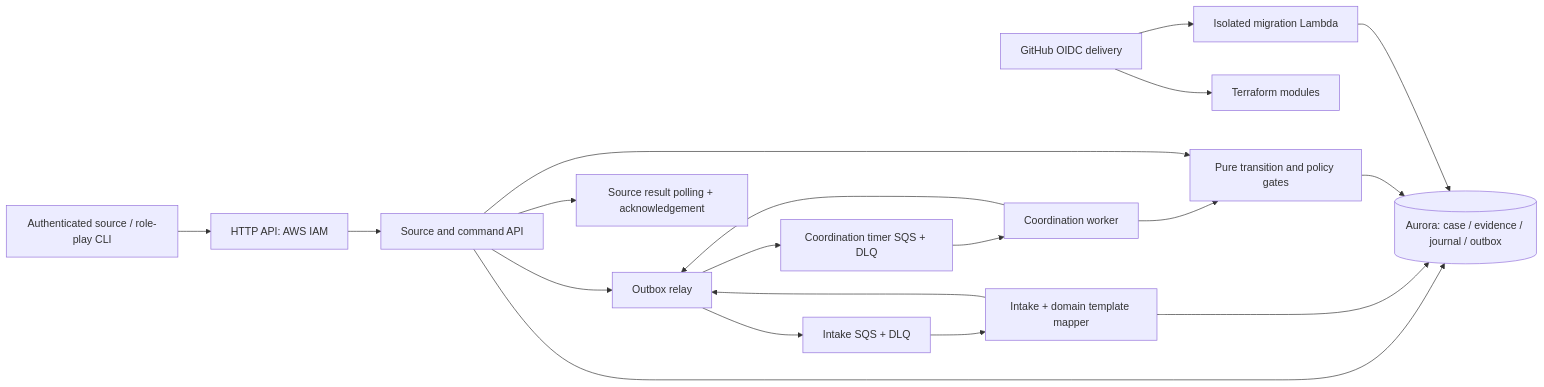
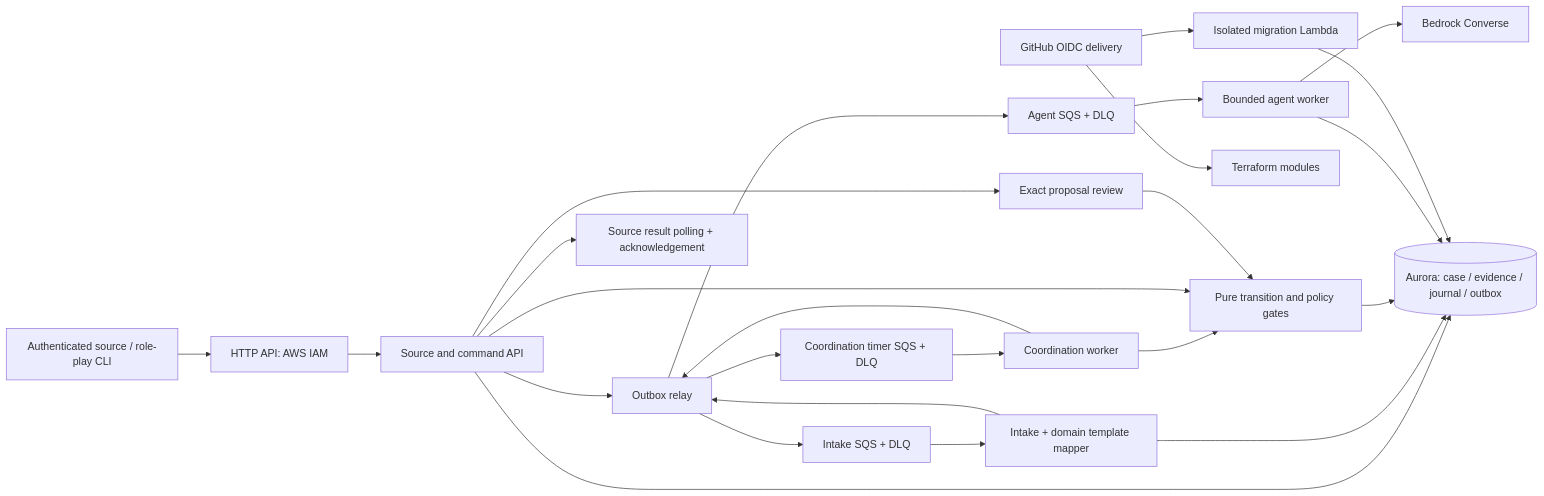
One commit to tanvir4hmed/ilien changed the diagram in docs/ARCHITECTURE.md. Above: the diagram before and after it, drawn with Mermaid. The commit also changed other lines of this file and 28 other files, not shown here.

Commit message:
feat: add bounded Bedrock coordination agent and reviewed proposals

````diff
--- a/docs/ARCHITECTURE.md
+++ b/docs/ARCHITECTURE.md
@@ -5,21 +5,27 @@
 ```mermaid
 flowchart LR
   CLI[Authenticated source / role-play CLI] --> GW[HTTP API: AWS IAM]
   GW --> API[Source and command API]
   API --> DB[(Aurora: case / evidence / journal / outbox)]
   API --> RELAY[Outbox relay]
   RELAY --> IQ[Intake SQS + DLQ]
   IQ --> IN[Intake + domain template mapper]
   IN --> DB
   IN --> RELAY
   RELAY --> TQ[Coordination timer SQS + DLQ]
   TQ --> CW[Coordination worker]
   CW --> CORE[Pure transition and policy gates]
   API --> CORE
   CORE --> DB
   CW --> RELAY
+  RELAY --> AQ[Agent SQS + DLQ]
+  AQ --> AG[Bounded agent worker]
+  AG --> BR[Bedrock Converse]
+  AG --> DB
+  API --> REVIEW[Exact proposal review]
+  REVIEW --> CORE
   API --> RESULT[Source result polling + acknowledgement]
   CI[GitHub OIDC delivery] --> TF[Terraform modules]
   CI --> MIG[Isolated migration Lambda]
   MIG --> DB
 ```
````
